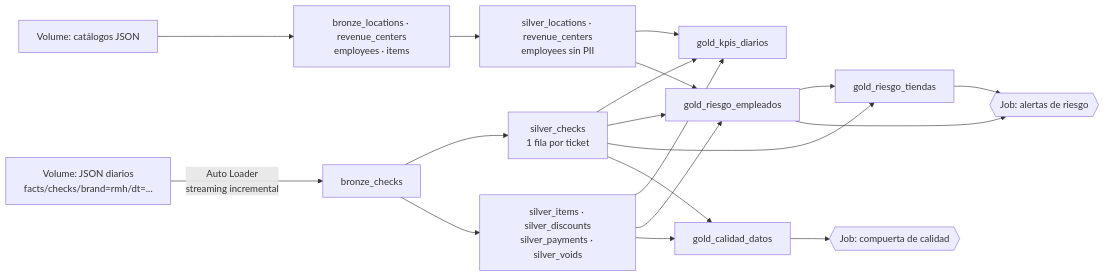
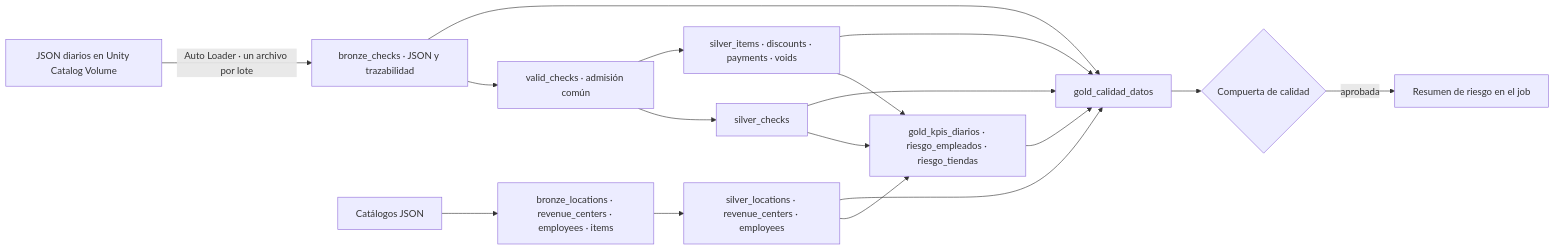
One commit to RafaGuSua19/applebees-databricks changed the diagram in README.md. Above: the diagram before and after it, drawn with Mermaid. The commit also changed other lines of this file and 40 other files, not shown here.

````diff
--- a/README.md
+++ b/README.md
@@ -11,14 +16,14 @@
 ```mermaid
 flowchart LR
-  A[Volume: JSON diarios<br/>facts/checks/brand=rmh/dt=...] -->|Auto Loader<br/>streaming incremental| B[bronze_checks]
-  A2[Volume: catálogos JSON] --> B2[bronze_locations · revenue_centers<br/>employees · items]
-  B --> C[silver_checks<br/>1 fila por ticket]
-  B --> D[silver_items · silver_discounts<br/>silver_payments · silver_voids]
-  B2 --> E[silver_locations · revenue_centers<br/>employees sin PII]
-  C & D & E --> F[gold_kpis_diarios]
-  C & D & E --> G[gold_riesgo_empleados]
-  G & C --> H[gold_riesgo_tiendas]
-  C & D --> Q[gold_calidad_datos]
-  Q --> J{{Job: compuerta de calidad}}
-  G & H --> K{{Job: alertas de riesgo}}
+  A[JSON diarios en Unity Catalog Volume] -->|Auto Loader · un archivo por lote| B[bronze_checks · JSON y trazabilidad]
+  D[Catálogos JSON] --> BD[bronze_locations · revenue_centers · employees · items]
+  B --> V[valid_checks · admisión común]
+  B --> Q[gold_calidad_datos]
+  V --> C[silver_checks]
+  V --> L[silver_items · discounts · payments · voids]
+  BD --> SD[silver_locations · revenue_centers · employees]
+  C & L & SD --> G[gold_kpis_diarios · riesgo_empleados · riesgo_tiendas]
+  C & L & SD & G --> Q
+  Q --> J{Compuerta de calidad}
+  J -->|aprobada| R[Resumen de riesgo en el job]
 ```
````
